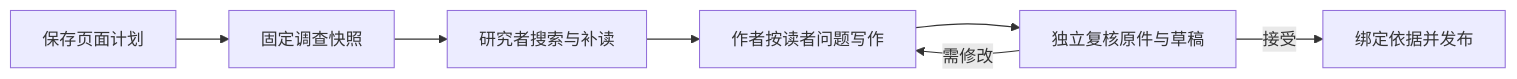
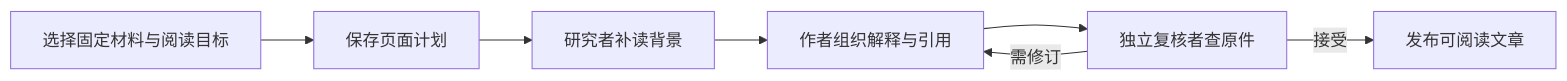
The diagram in .repo-review/knowledge/articles/8a78e7c7634bdf870e9fc4ddcb0670e345ae0a629b2af3c08bd864ef0f1482aa.md (lejunyang/omem), drawn with Mermaid before and after one commit. The commit also changed other lines of this file and 11 other files, not shown here.

Commit message:
docs: refresh reader guides with current maintenance and retrieval flow

````diff
--- a/.repo-review/knowledge/articles/8a78e7c7634bdf870e9fc4ddcb0670e345ae0a629b2af3c08bd864ef0f1482aa.md
+++ b/.repo-review/knowledge/articles/8a78e7c7634bdf870e9fc4ddcb0670e345ae0a629b2af3c08bd864ef0f1482aa.md
@@ -34,9 +28,9 @@
 ```mermaid
 flowchart LR
-  A[保存页面计划] --> B[固定调查快照]
-  B --> C[研究者搜索与补读]
-  C --> D[作者按读者问题写作]
-  D --> E[独立复核原件与草稿]
-  E -->|需修改| D
-  E -->|接受| F[绑定依据并发布]
+  A[选择固定材料与阅读目标] --> B[保存页面计划]
+  B --> C[研究者补读背景]
+  C --> D[作者组织解释与引用]
+  D --> E[独立复核者查原件]
+  E -->|接受| F[发布可阅读文章]
+  E -->|需修订| D
 ```
````
